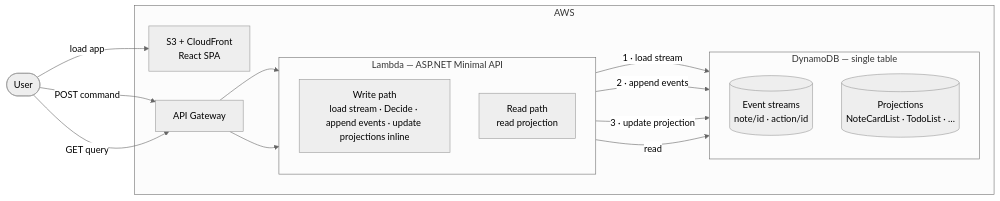
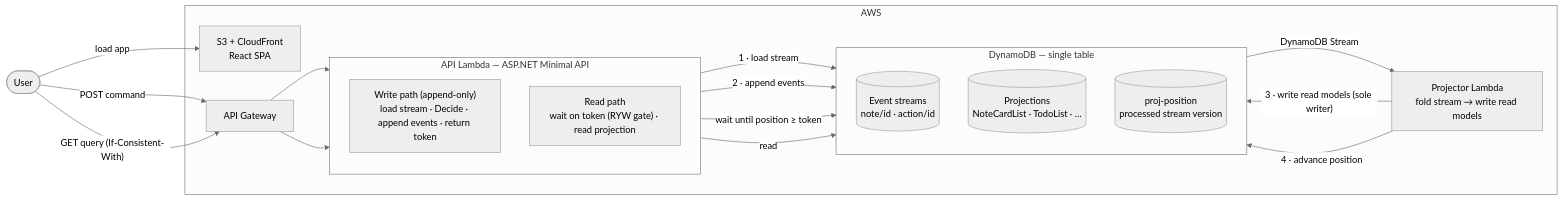
Before and after one commit to simonkirkham/ai-note-taker: the diagram in docs/architecture.md, drawn with Mermaid (neutral theme). The commit also changed other lines of this file and 3 other files, not shown here.

````diff
--- a/docs/architecture.md
+++ b/docs/architecture.md
@@ -60,33 +60,39 @@
 ```mermaid
 flowchart LR
     User([User])
 
     subgraph AWS [AWS]
         CDN["S3 + CloudFront\nReact SPA"]
         APIGW["API Gateway"]
 
-        subgraph Lambda ["Lambda — ASP.NET Minimal API"]
+        subgraph Lambda ["API Lambda — ASP.NET Minimal API"]
             direction TB
-            WR["Write path\nload stream · Decide · append events · update projections inline"]
-            RD["Read path\nread projection"]
+            WR["Write path (append-only)\nload stream · Decide · append events · return token"]
+            RD["Read path\nwait on token (RYW gate) · read projection"]
         end
+
+        PRJ["Projector Lambda\nfold stream → write read models"]
 
         subgraph DB ["DynamoDB — single table"]
             direction TB
             ES[("Event streams\nnote/id · action/id")]
             RM[("Projections\nNoteCardList · TodoList · …")]
+            POS[("proj-position\nprocessed stream version")]
         end
     end
 
     User -- "load app" --> CDN
     User -- "POST command" --> APIGW
-    User -- "GET query" --> APIGW
+    User -- "GET query (If-Consistent-With)" --> APIGW
 
     APIGW --> WR
     APIGW --> RD
 
     WR -- "1 · load stream" --> ES
     WR -- "2 · append events" --> ES
-    WR -- "3 · update projection" --> RM
+    ES -- "DynamoDB Stream" --> PRJ
+    PRJ -- "3 · write read models (sole writer)" --> RM
+    PRJ -- "4 · advance position" --> POS
+    RD -- "wait until position ≥ token" --> POS
     RD -- "read" --> RM
 ```
````
